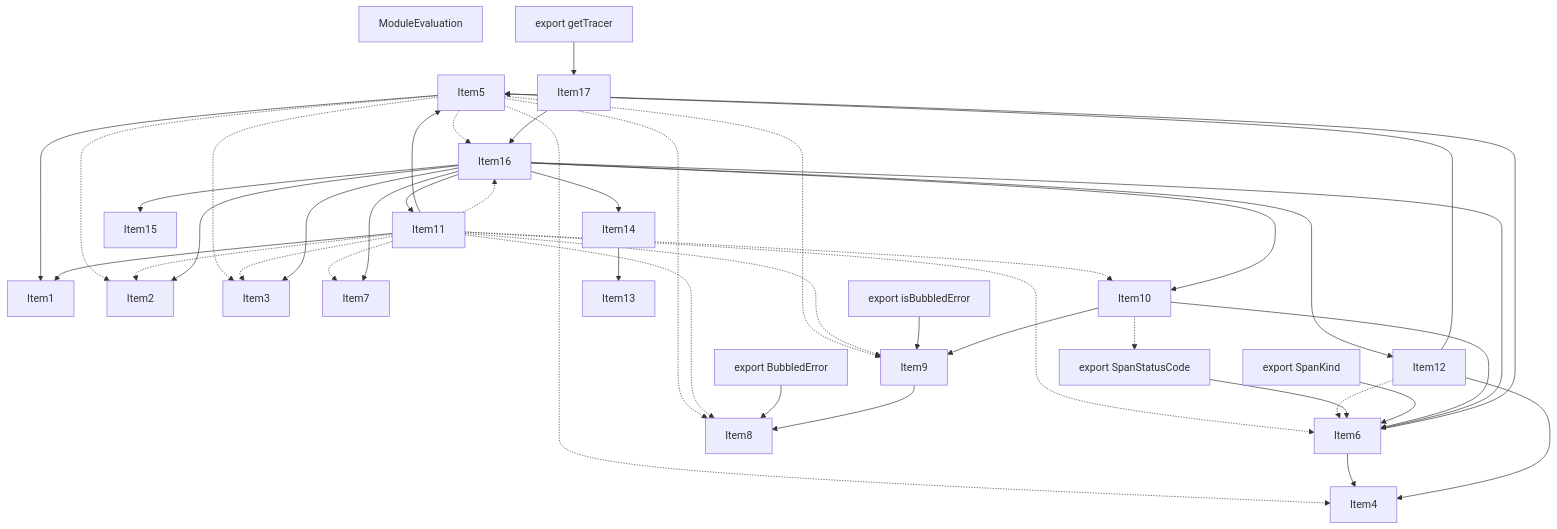
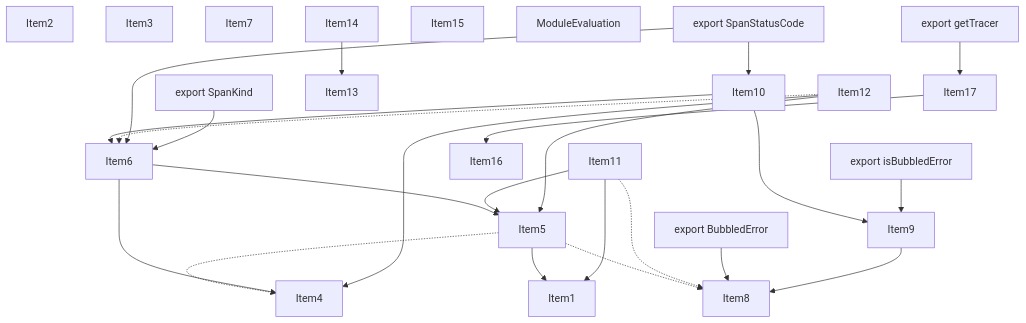
The third of 5 diagrams in crates/turbopack-ecmascript/tests/tree-shaker/analyzer/nextjs-tracer/output.md (vercel/turborepo), drawn with Mermaid before and after one commit. The commit also changed other lines of this file and 3 other files, not shown here.

````diff
--- a/crates/turbopack-ecmascript/tests/tree-shaker/analyzer/nextjs-tracer/output.md
+++ b/crates/turbopack-ecmascript/tests/tree-shaker/analyzer/nextjs-tracer/output.md
@@ -461,74 +453,54 @@
 ```mermaid
 graph TD
     Item1;
     Item2;
     Item3;
     Item4;
     Item5;
     Item6;
     Item7;
     Item8;
     Item9;
     Item10;
     Item11;
     Item12;
     Item13;
     Item14;
     Item15;
     Item16;
     Item17;
     Item18;
     Item18["ModuleEvaluation"];
     Item19;
     Item19["export BubbledError"];
     Item20;
     Item20["export isBubbledError"];
     Item21;
     Item21["export getTracer"];
     Item22;
     Item22["export SpanStatusCode"];
     Item23;
     Item23["export SpanKind"];
     Item5 -.-> Item4;
     Item5 --> Item1;
     Item5 -.-> Item8;
-    Item5 -.-> Item9;
-    Item5 -.-> Item3;
-    Item5 -.-> Item2;
-    Item5 -.-> Item16;
     Item6 --> Item4;
     Item6 --> Item5;
+    Item10 --> Item9;
+    Item10 --> Item6;
     Item11 --> Item1;
     Item11 --> Item5;
     Item11 -.-> Item8;
-    Item11 -.-> Item9;
-    Item11 -.-> Item6;
-    Item11 -.-> Item3;
-    Item11 -.-> Item2;
-    Item11 -.-> Item10;
-    Item11 -.-> Item7;
-    Item11 -.-> Item16;
     Item12 --> Item4;
     Item12 --> Item5;
     Item12 -.-> Item6;
+    Item14 --> Item13;
+    Item17 --> Item16;
     Item19 --> Item8;
     Item20 --> Item9;
     Item21 --> Item17;
     Item22 --> Item6;
+    Item22 --> Item10;
     Item23 --> Item6;
     Item9 --> Item8;
-    Item10 --> Item9;
-    Item10 --> Item6;
-    Item10 -.-> Item22;
-    Item14 --> Item13;
-    Item16 --> Item6;
-    Item16 --> Item15;
-    Item16 --> Item3;
-    Item16 --> Item14;
-    Item16 --> Item12;
-    Item16 --> Item11;
-    Item16 --> Item2;
-    Item16 --> Item10;
-    Item16 --> Item7;
-    Item17 --> Item16;
 ```
````
